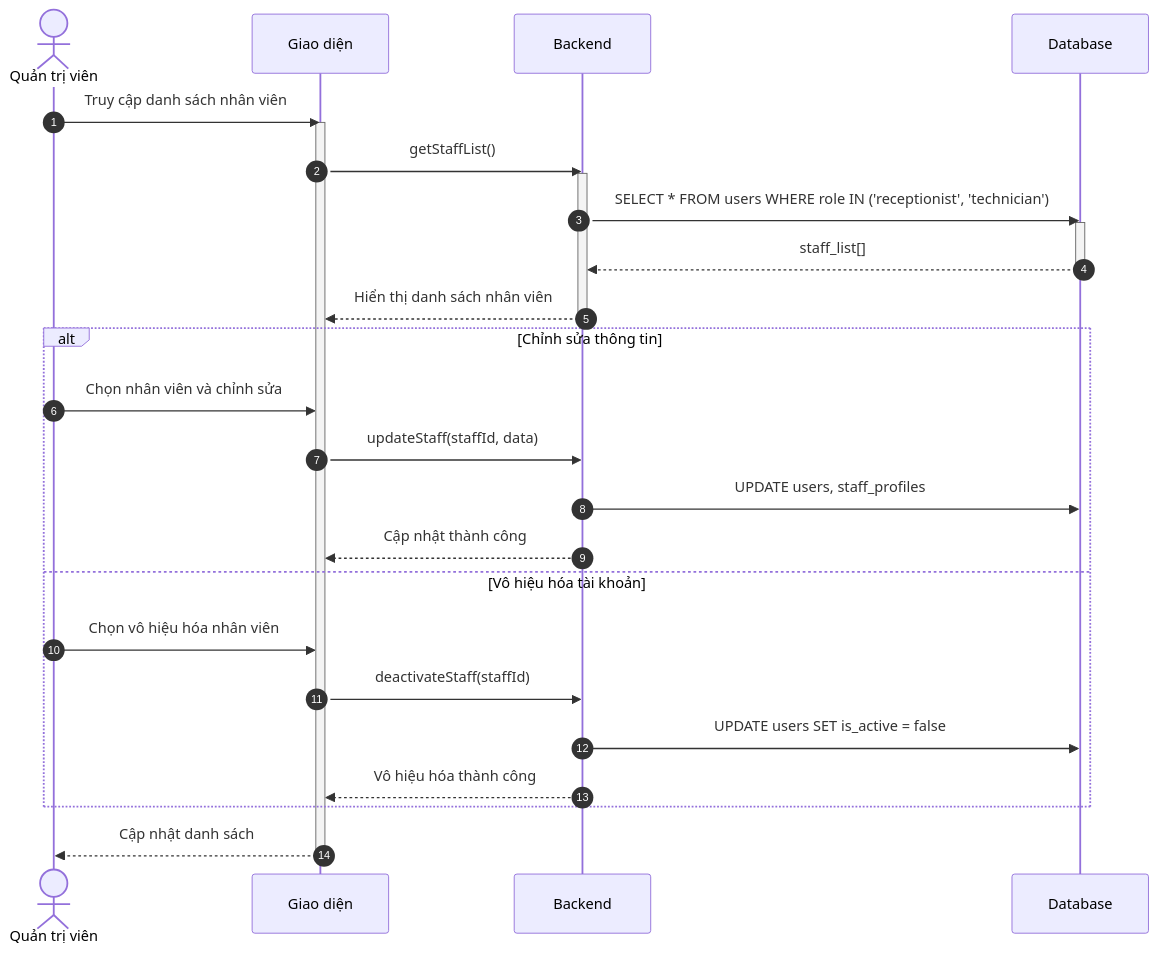
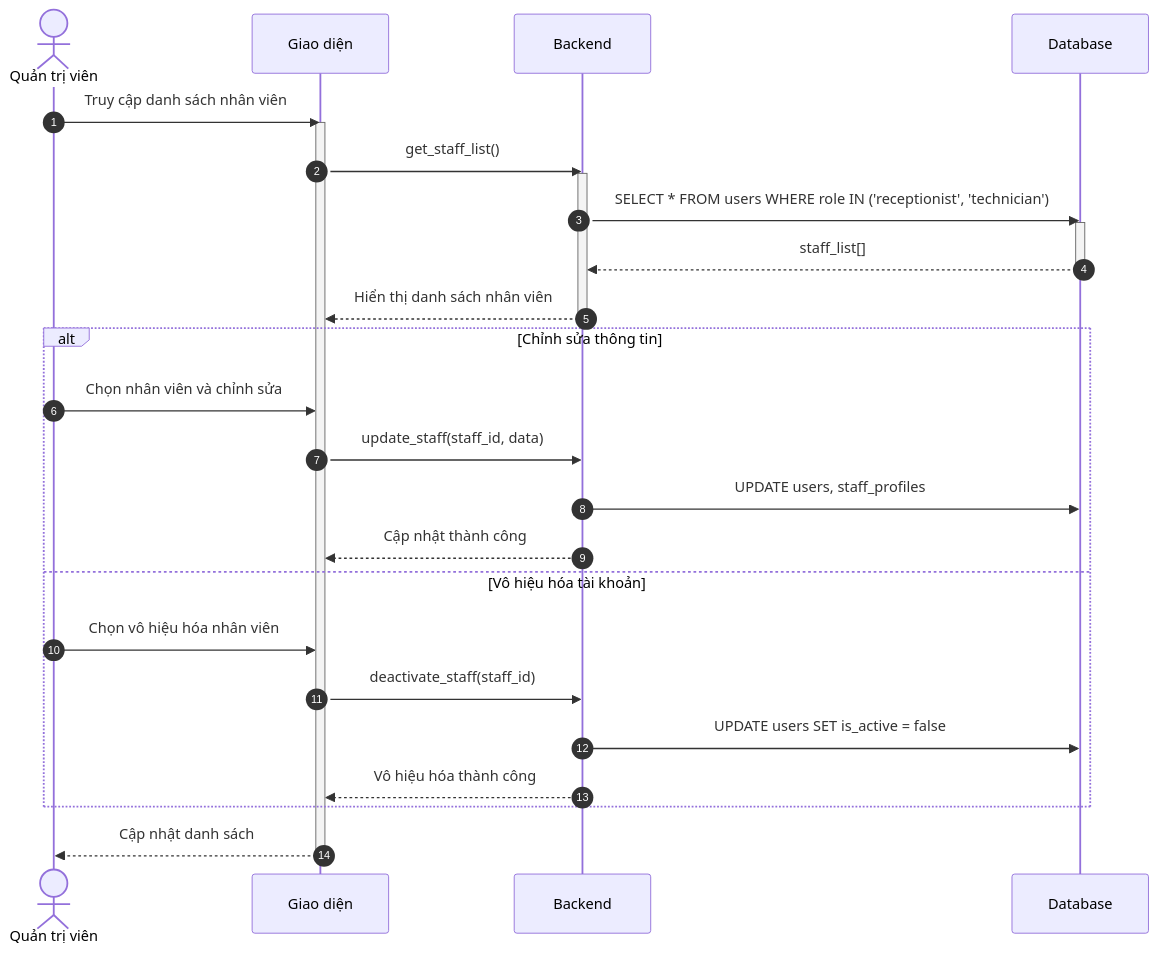
Before and after one commit to ngoctinn/Synapse: the seventh of 11 diagrams in docs/design/sequences/admin_flows.md, drawn with Mermaid. The commit also changed other lines of this file and 7 other files, not shown here.

Commit message:
docs: Add initial design documentation for system flows, use cases, and data specification.

````diff
--- a/docs/design/sequences/admin_flows.md
+++ b/docs/design/sequences/admin_flows.md
@@ -310,36 +294,36 @@
 ```mermaid
 sequenceDiagram
     autonumber
     actor QTV as Quản trị viên
     participant UI as Giao diện
     participant BE as Backend
     participant DB as Database
 
     QTV->>UI: Truy cập danh sách nhân viên
     activate UI
-    UI->>BE: getStaffList()
+    UI->>BE: get_staff_list()
     activate BE
 
     BE->>DB: SELECT * FROM users WHERE role IN ('receptionist', 'technician')
     activate DB
     DB-->>BE: staff_list[]
     deactivate DB
 
     BE-->>UI: Hiển thị danh sách nhân viên
     deactivate BE
 
     alt Chỉnh sửa thông tin
         QTV->>UI: Chọn nhân viên và chỉnh sửa
-        UI->>BE: updateStaff(staffId, data)
+        UI->>BE: update_staff(staff_id, data)
         BE->>DB: UPDATE users, staff_profiles
         BE-->>UI: Cập nhật thành công
     else Vô hiệu hóa tài khoản
         QTV->>UI: Chọn vô hiệu hóa nhân viên
-        UI->>BE: deactivateStaff(staffId)
+        UI->>BE: deactivate_staff(staff_id)
         BE->>DB: UPDATE users SET is_active = false
         BE-->>UI: Vô hiệu hóa thành công
     end
 
     UI-->>QTV: Cập nhật danh sách
     deactivate UI
 ```
````
